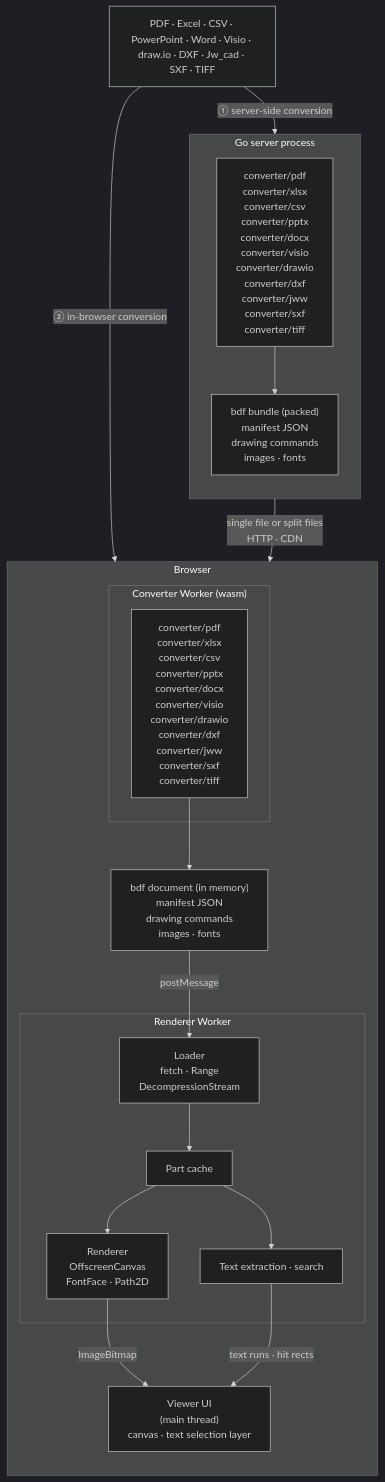
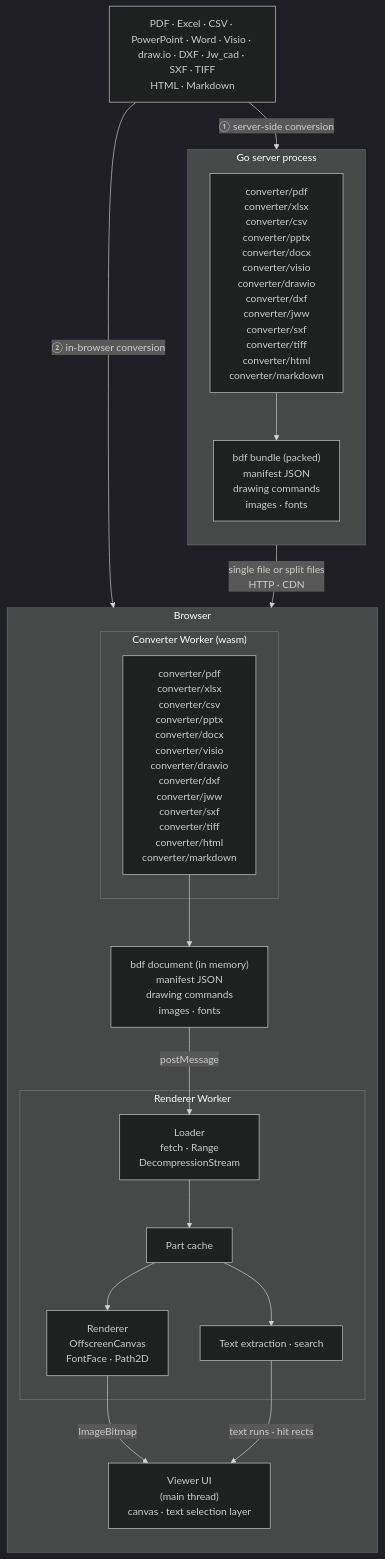
One commit to shibukawa/bdf changed the diagram in README.md. Above: the diagram before and after it, drawn with Mermaid (dark theme). The commit also changed other lines of this file and 62 other files, not shown here.

First line of the commit message:
Add HTML (reader mode) and Markdown converters on the shared Word layout engine (#22)

````diff
--- a/README.md
+++ b/README.md
@@ -20,37 +20,37 @@
 ```mermaid
 flowchart TB
-    SRC["PDF · Excel · CSV · PowerPoint · Word · Visio · draw.io · DXF · Jw_cad · SXF · TIFF"]
+    SRC["PDF · Excel · CSV · PowerPoint · Word · Visio · draw.io · DXF · Jw_cad · SXF · TIFF<br/>HTML · Markdown"]
 
     subgraph SERVER["Go server process"]
         direction TB
-        SCONV["converter/pdf<br/>converter/xlsx<br/>converter/csv<br/>converter/pptx<br/>converter/docx<br/>converter/visio<br/>converter/drawio<br/>converter/dxf<br/>converter/jww<br/>converter/sxf<br/>converter/tiff"]
+        SCONV["converter/pdf<br/>converter/xlsx<br/>converter/csv<br/>converter/pptx<br/>converter/docx<br/>converter/visio<br/>converter/drawio<br/>converter/dxf<br/>converter/jww<br/>converter/sxf<br/>converter/tiff<br/>converter/html<br/>converter/markdown"]
         BUNDLE["bdf bundle (packed)<br/>manifest JSON<br/>drawing commands<br/>images · fonts"]
         SCONV --> BUNDLE
     end
 
     subgraph BROWSER["Browser"]
         direction TB
         subgraph CWORKER["Converter Worker (wasm)"]
-            WCONV["converter/pdf<br/>converter/xlsx<br/>converter/csv<br/>converter/pptx<br/>converter/docx<br/>converter/visio<br/>converter/drawio<br/>converter/dxf<br/>converter/jww<br/>converter/sxf<br/>converter/tiff"]
+            WCONV["converter/pdf<br/>converter/xlsx<br/>converter/csv<br/>converter/pptx<br/>converter/docx<br/>converter/visio<br/>converter/drawio<br/>converter/dxf<br/>converter/jww<br/>converter/sxf<br/>converter/tiff<br/>converter/html<br/>converter/markdown"]
         end
         PARTS["bdf document (in memory)<br/>manifest JSON<br/>drawing commands<br/>images · fonts"]
         subgraph RWORKER["Renderer Worker"]
             LOADER["Loader<br/>fetch · Range<br/>DecompressionStream"]
             STORE["Part cache"]
             RENDER["Renderer<br/>OffscreenCanvas<br/>FontFace · Path2D"]
             TEXT["Text extraction · search"]
             LOADER --> STORE
             STORE --> RENDER
             STORE --> TEXT
         end
         UI["Viewer UI<br/>(main thread)<br/>canvas · text selection layer"]
         WCONV --> PARTS
     end
 
     SRC -- "① server-side conversion" --> SCONV
     SRC -- "② in-browser conversion" --> WCONV
     BUNDLE -- "single file or split files<br/>HTTP · CDN" --> LOADER
     PARTS -- "postMessage" --> LOADER
     RENDER -- "ImageBitmap" --> UI
     TEXT -- "text runs · hit rects" --> UI
 ```
````
